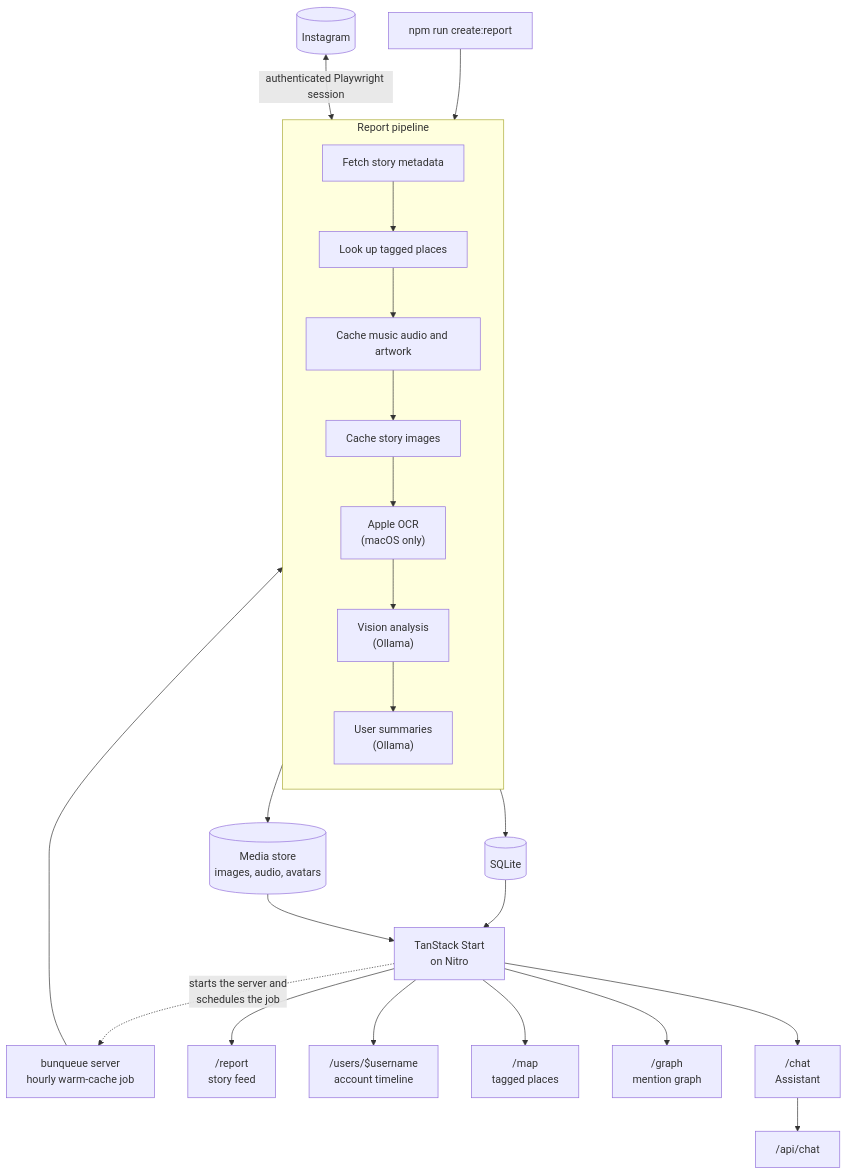
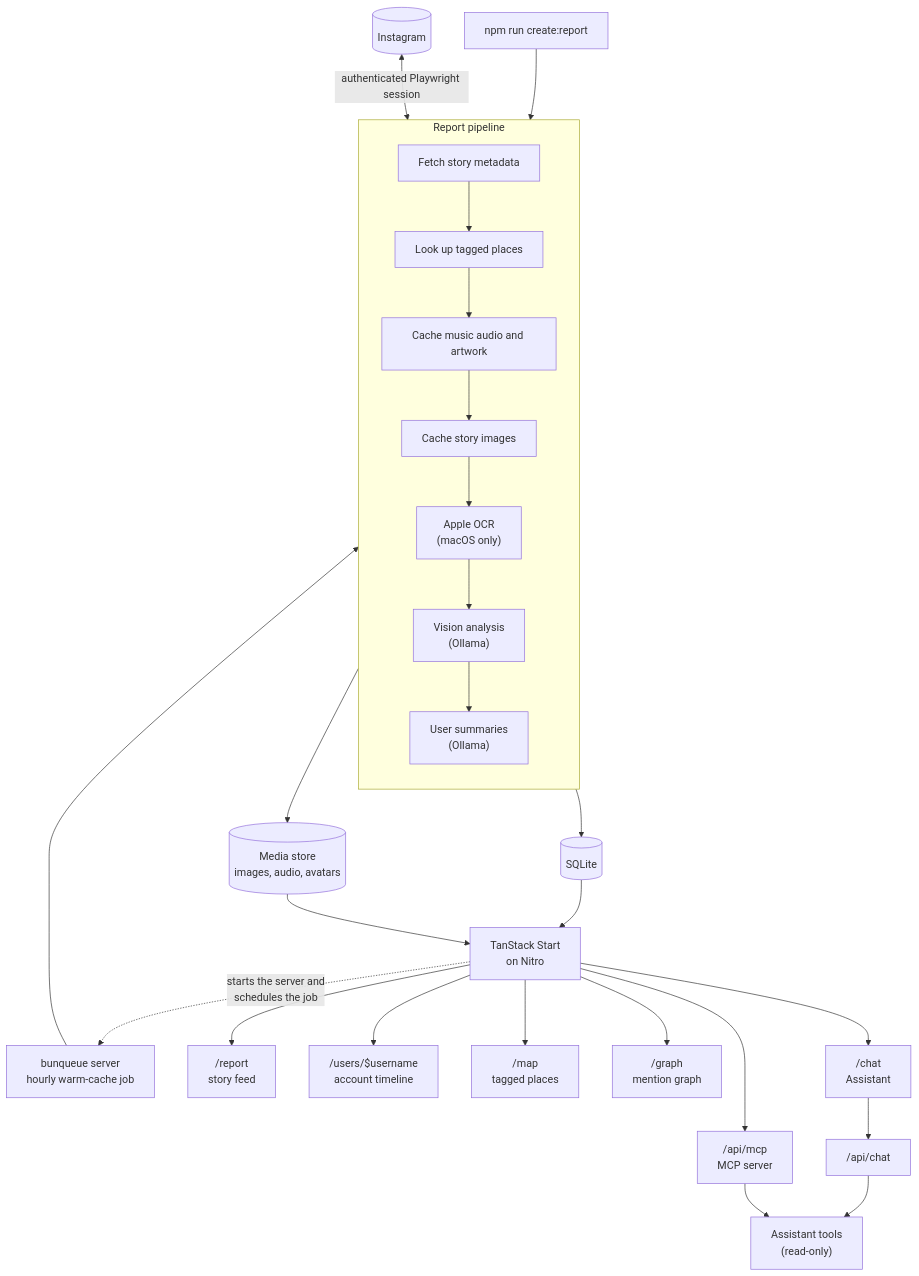
Before and after one commit to adrienZ/slopstagram: the diagram in README.md, drawn with Mermaid.

Commit message:
Add the MCP server to the README diagram (#381)

````diff
--- a/README.md
+++ b/README.md
@@ -69,29 +69,32 @@
 ```mermaid
 flowchart TD
     cli["npm run create:report"] --> pipeline
     bunqueue["bunqueue server<br/>hourly warm-cache job"] --> pipeline
     instagram[("Instagram")] <-->|"authenticated Playwright session"| pipeline
 
     subgraph pipeline["Report pipeline"]
         direction TB
         stories["Fetch story metadata"] --> places["Look up tagged places"]
         places --> audio["Cache music audio and artwork"]
         audio --> images["Cache story images"]
         images --> ocr["Apple OCR<br/>(macOS only)"]
         ocr --> vision["Vision analysis<br/>(Ollama)"]
         vision --> summaries["User summaries<br/>(Ollama)"]
     end
 
     pipeline --> sqlite[("SQLite")]
     pipeline --> media[("Media store<br/>images, audio, avatars")]
     sqlite --> start["TanStack Start<br/>on Nitro"]
     media --> start
     start -.->|"starts the server and<br/>schedules the job"| bunqueue
 
     start --> report["/report<br/>story feed"]
     start --> users["/users/$username<br/>account timeline"]
     start --> mapPage["/map<br/>tagged places"]
     start --> graphPage["/graph<br/>mention graph"]
     start --> chat["/chat<br/>Assistant"]
     chat --> api["/api/chat"]
+    start --> mcp["/api/mcp<br/>MCP server"]
+    api --> tools["Assistant tools<br/>(read-only)"]
+    mcp --> tools
 ```
````
